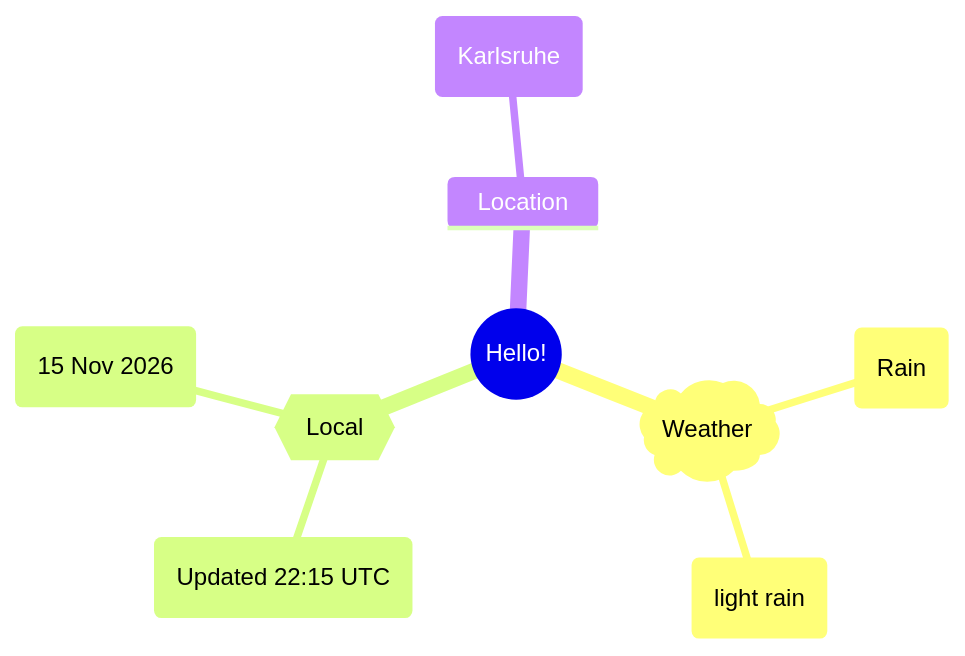
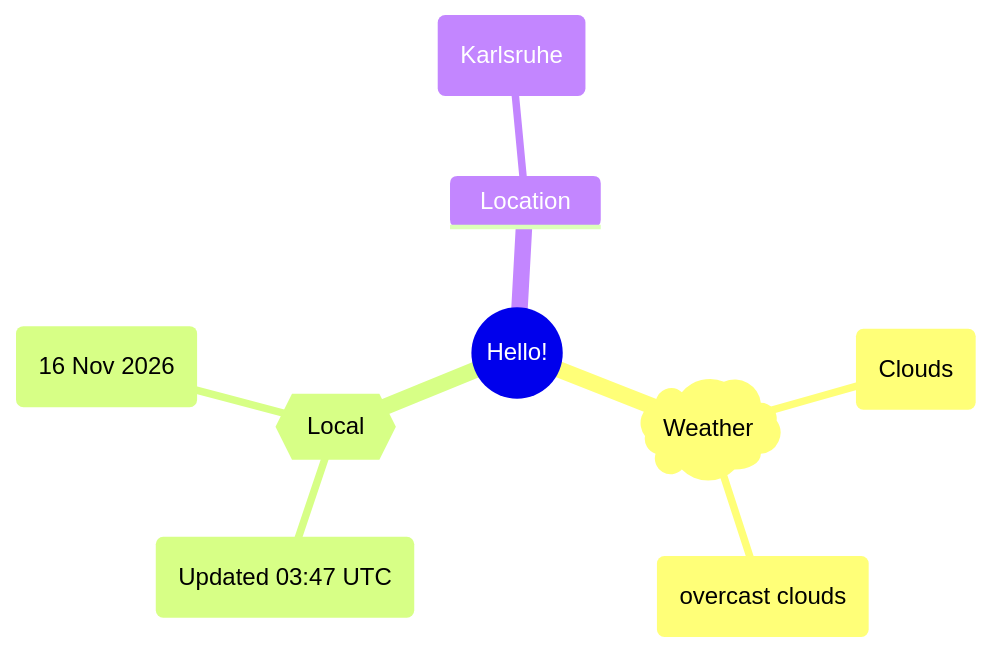
One commit to Xosrov/Xosrov changed the first of 2 diagrams in README.md. Above: the diagram before and after it, drawn with Mermaid.

Commit message:
[bot] updated images

````diff
--- a/README.md
+++ b/README.md
@@ -3,12 +3,12 @@
 ```mermaid
 mindmap
   root((Hello!))
     )Weather(
-        (Rain)
-        (light rain)
+        (Clouds)
+        (overcast clouds)
     {{Local}}
-        (Updated 22:15 UTC)
-        (15 Nov 2026)
+        (Updated 03:47 UTC)
+        (16 Nov 2026)
     Location
         (Karlsruhe)
 ```
````
